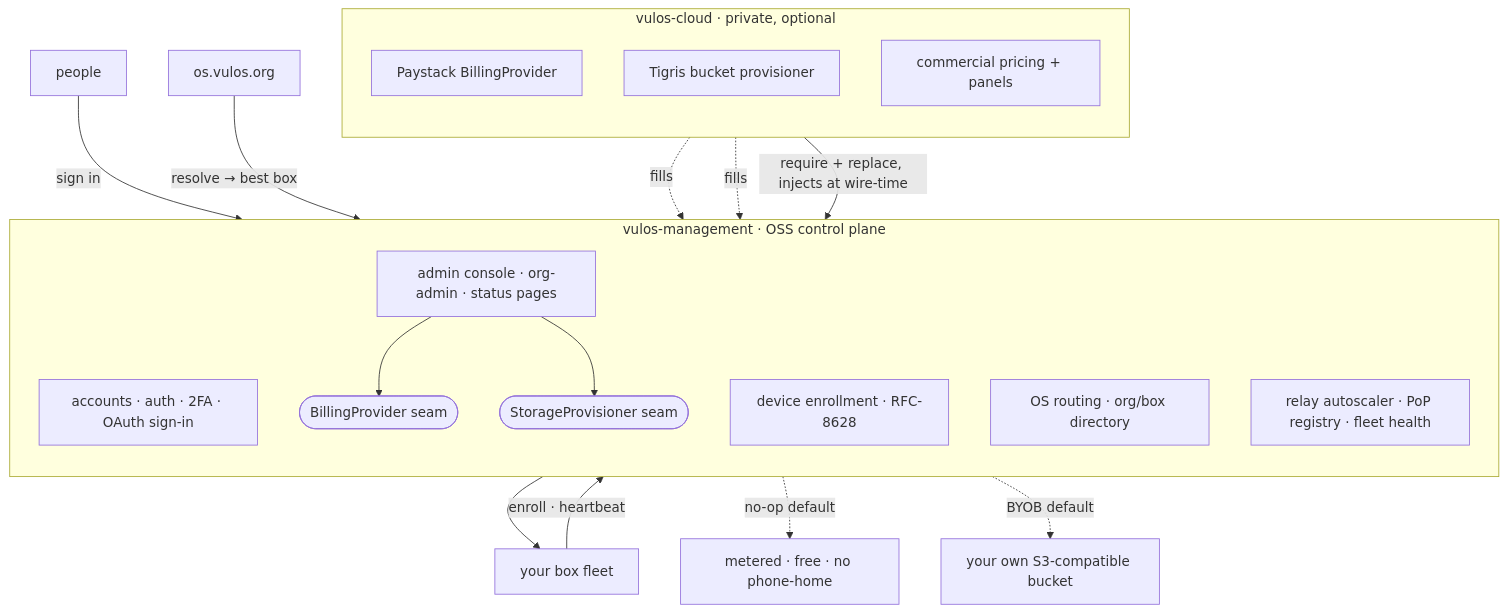
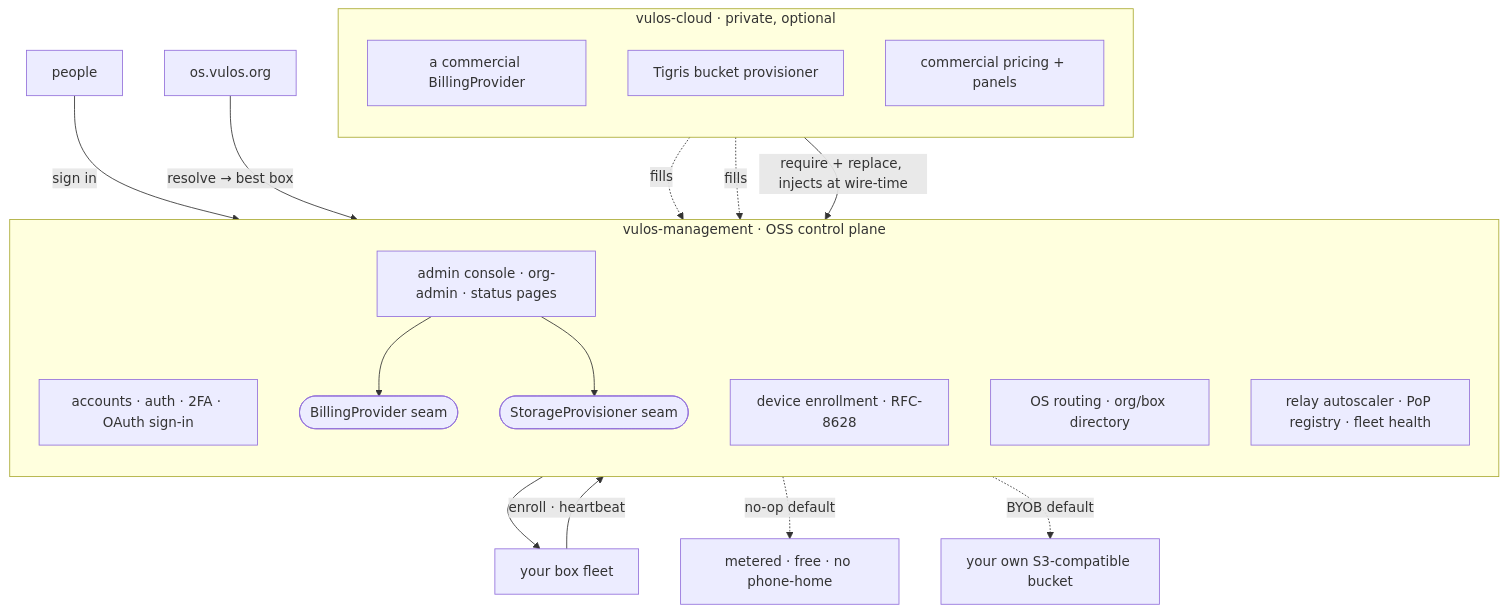
The diagram in README.md (vul-os/vulos), drawn with Mermaid before and after one commit. The commit also changed other lines of this file and 3 other files, not shown here.

First line of the commit message:
docs: remove Paystack from OSS repo — billing seam is provider-agnostic

````diff
--- a/README.md
+++ b/README.md
@@ -83,35 +83,35 @@
 ```mermaid
 flowchart TD
     users["people"] -->|sign in| auth
     boxes["your box fleet"] -->|enroll · heartbeat| enroll
     dns["os.vulos.org"] -->|resolve → best box| routing
 
     subgraph mgmt["vulos-management · OSS control plane"]
         direction TB
         auth["accounts · auth · 2FA · OAuth sign-in"]
         enroll["device enrollment · RFC-8628"]
         routing["OS routing · org/box directory"]
         relay["relay autoscaler · PoP registry · fleet health"]
         admin["admin console · org-admin · status pages"]
         billseam(["BillingProvider seam"])
         storeseam(["StorageProvisioner seam"])
     end
 
     admin --> billseam
     admin --> storeseam
     relay --> boxes
 
     billseam -. no-op default .-> free["metered · free · no phone-home"]
     storeseam -. BYOB default .-> byob["your own S3-compatible bucket"]
 
     subgraph cloud["vulos-cloud · private, optional"]
         direction TB
-        paystack["Paystack BillingProvider"]
+        paystack["a commercial BillingProvider"]
         tigris["Tigris bucket provisioner"]
         pricing["commercial pricing + panels"]
     end
 
     cloud -->|require + replace, injects at wire-time| mgmt
     paystack -.fills.-> billseam
     tigris -.fills.-> storeseam
 ```
````
